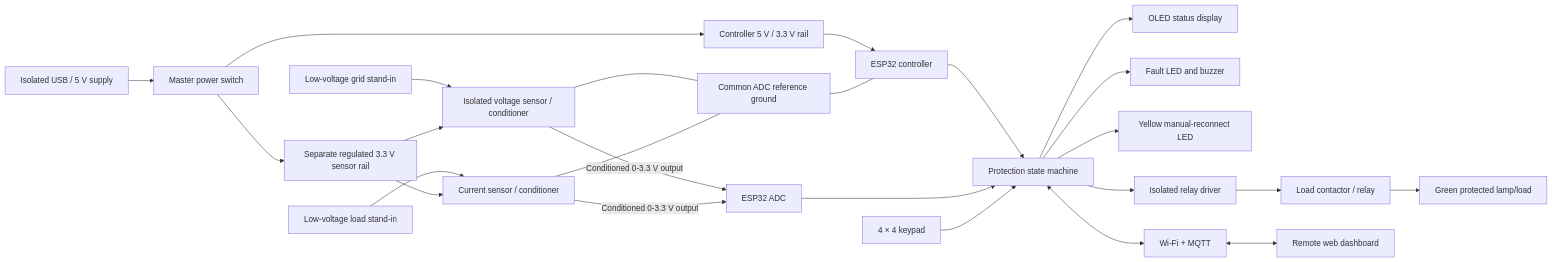
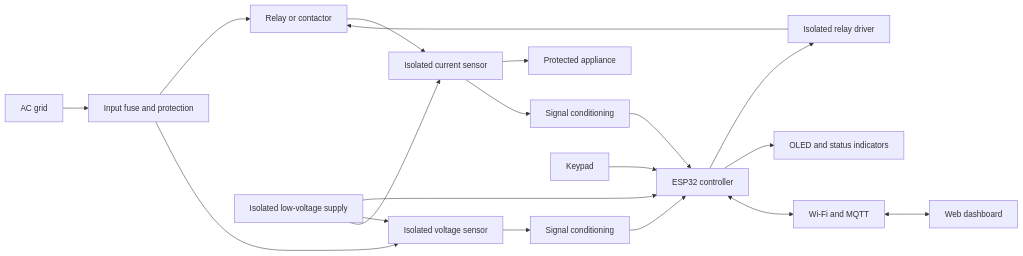
One commit to mahmudakonam/ESP32-Smart-Voltage-Protector changed the diagram in schematics/README.md. Above: the diagram before and after it, drawn with Mermaid. The commit also changed other lines of this file and 3 other files, not shown here.

````diff
--- a/schematics/README.md
+++ b/schematics/README.md
@@ -3,27 +14,24 @@
 ```mermaid
 flowchart LR
-    USB[Isolated USB / 5 V supply] --> Master[Master power switch]
-    Master --> LogicRail[Controller 5 V / 3.3 V rail]
-    Master --> SensorRail[Separate regulated 3.3 V sensor rail]
-    LogicRail --> ESP[ESP32 controller]
-    Grid[Low-voltage grid stand-in] --> SensorV[Isolated voltage sensor / conditioner]
-    LoadLine[Low-voltage load stand-in] --> SensorI[Current sensor / conditioner]
-    SensorRail --> SensorV
-    SensorRail --> SensorI
-    SensorV -->|Conditioned 0-3.3 V output| ADC[ESP32 ADC]
-    SensorI -->|Conditioned 0-3.3 V output| ADC
-    SensorV --- AGND[Common ADC reference ground]
-    SensorI --- AGND
-    AGND --- ESP
-    ESP --> FSM[Protection state machine]
-    ADC --> FSM
-    Keypad[4 × 4 keypad] --> FSM
-    FSM --> OLED[OLED status display]
-    FSM --> Alarm[Fault LED and buzzer]
-    FSM --> Reconnect[Yellow manual-reconnect LED]
-    FSM --> Driver[Isolated relay driver]
-    Driver --> Contactor[Load contactor / relay]
-    Contactor --> Load[Green protected lamp/load]
-    FSM <--> MQTT[Wi-Fi + MQTT]
-    MQTT <--> Browser[Remote web dashboard]
+    Grid[AC grid] --> Fuse[Input fuse and protection]
+    Fuse --> Contactor[Relay or contactor]
+    Contactor --> Current[Isolated current sensor]
+    Current --> Load[Protected appliance]
+
+    Fuse --> Voltage[Isolated voltage sensor]
+    Voltage --> VSignal[Signal conditioning]
+    Current --> ISignal[Signal conditioning]
+    VSignal --> ESP[ESP32 controller]
+    ISignal --> ESP
+
+    ESP --> Driver[Isolated relay driver]
+    Driver --> Contactor
+    Keypad[Keypad] --> ESP
+    ESP --> Display[OLED and status indicators]
+    ESP <--> MQTT[Wi-Fi and MQTT]
+    MQTT <--> Web[Web dashboard]
+
+    Supply[Isolated low-voltage supply] --> ESP
+    Supply --> Voltage
+    Supply --> Current
 ```
````
